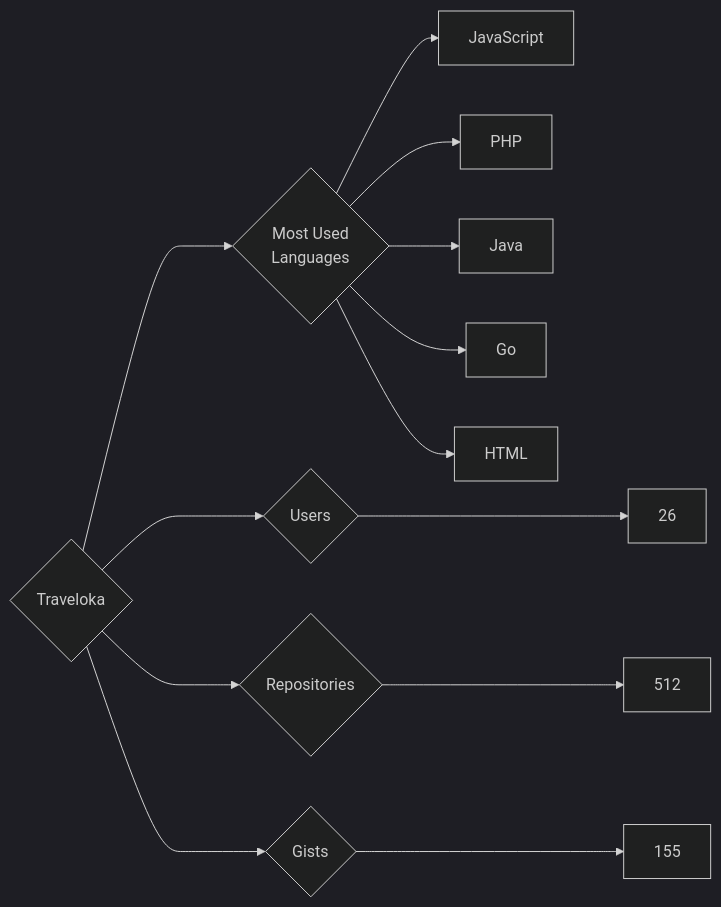
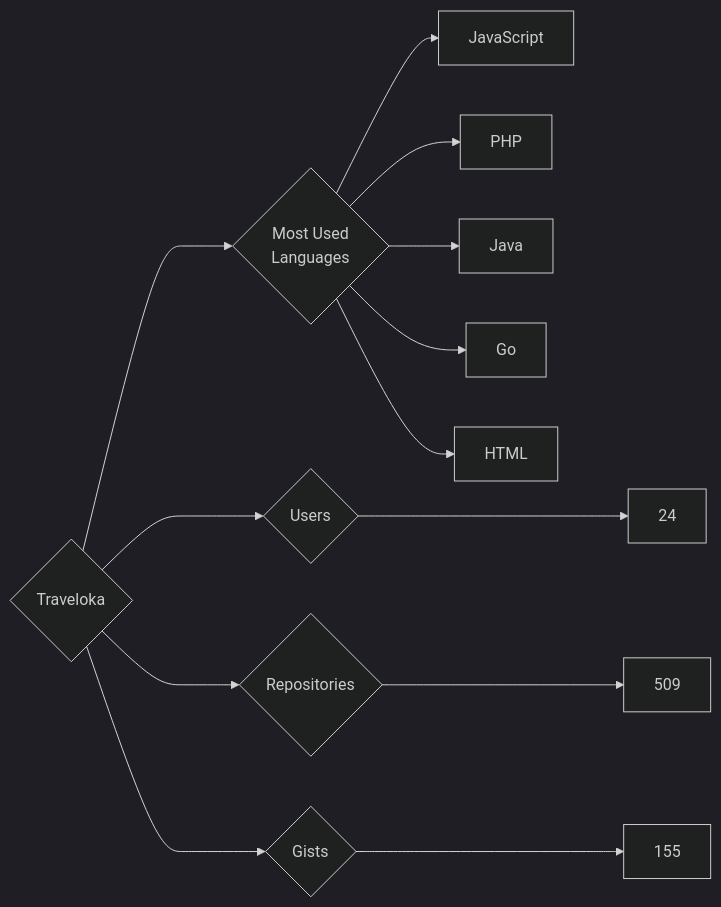
Before and after one commit to trickest/insiders: the diagram in targets/Traveloka/README.md, drawn with Mermaid (dark theme). The commit also changed 1389 other files, not shown here.

````diff
--- a/targets/Traveloka/README.md
+++ b/targets/Traveloka/README.md
@@ -3,13 +3,13 @@
 ```mermaid
 graph LR
 COMPANY_NAME{Traveloka}
-COMPANY_NAME ---> U{Users} ---> UN[26]
-COMPANY_NAME ---> R{Repositories} ---> RN[512]
+COMPANY_NAME ---> U{Users} ---> UN[24]
+COMPANY_NAME ---> R{Repositories} ---> RN[509]
 COMPANY_NAME ---> G{Gists} ---> GN[155]
 COMPANY_NAME ---> ML{Most Used<br>Languages}
 ML --> JavaScript[JavaScript]
 ML --> PHP[PHP]
 ML --> Java[Java]
 ML --> Go[Go]
 ML --> HTML[HTML]
 ```
````
